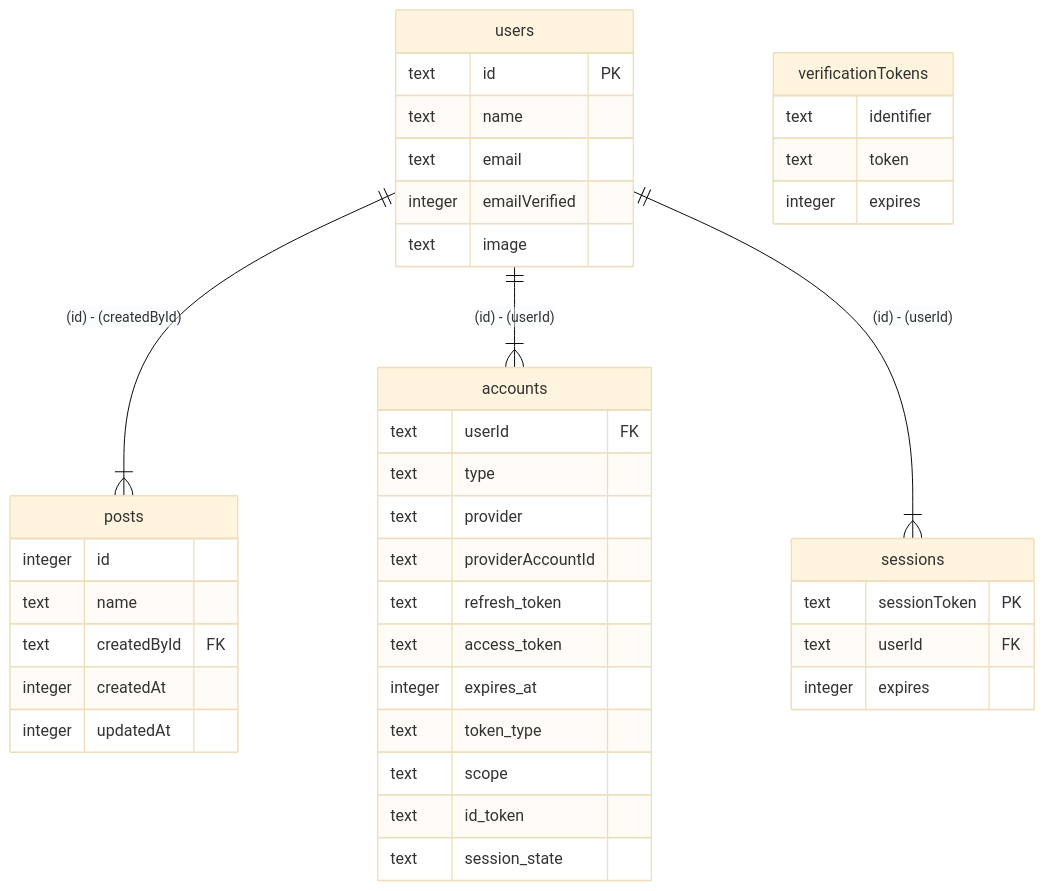
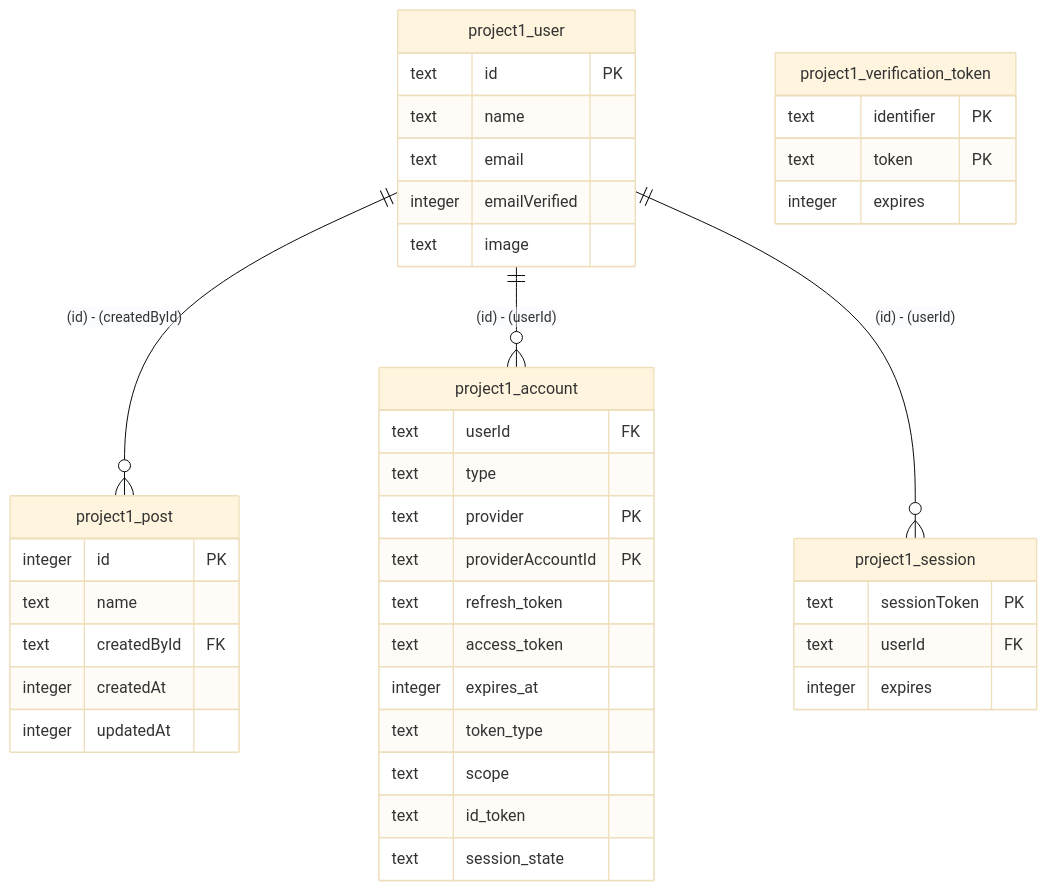
The diagram in apps/create-t3-app-sqlite/docs/er.md (nakita628/drizzler-examples), drawn with Mermaid (base theme) before and after one commit. The commit also changed 74 other files, not shown here.

````diff
--- a/apps/create-t3-app-sqlite/docs/er.md
+++ b/apps/create-t3-app-sqlite/docs/er.md
@@ -1,43 +1,43 @@
 ```mermaid
 erDiagram
-    users ||--|{ posts : "(id) - (createdById)"
-    users ||--|{ accounts : "(id) - (userId)"
-    users ||--|{ sessions : "(id) - (userId)"
-    posts {
-        integer id
+    project1_user ||--o{ project1_post : "(id) - (createdById)"
+    project1_user ||--o{ project1_account : "(id) - (userId)"
+    project1_user ||--o{ project1_session : "(id) - (userId)"
+    project1_post {
+        integer id PK
         text name
         text createdById FK
         integer createdAt
         integer updatedAt
     }
-    users {
+    project1_user {
         text id PK
         text name
         text email
         integer emailVerified
         text image
     }
-    accounts {
+    project1_account {
         text userId FK
         text type
-        text provider
-        text providerAccountId
+        text provider PK
+        text providerAccountId PK
         text refresh_token
         text access_token
         integer expires_at
         text token_type
         text scope
         text id_token
         text session_state
     }
-    sessions {
+    project1_session {
         text sessionToken PK
         text userId FK
         integer expires
     }
-    verificationTokens {
-        text identifier
-        text token
+    project1_verification_token {
+        text identifier PK
+        text token PK
         integer expires
     }
 ```
````
